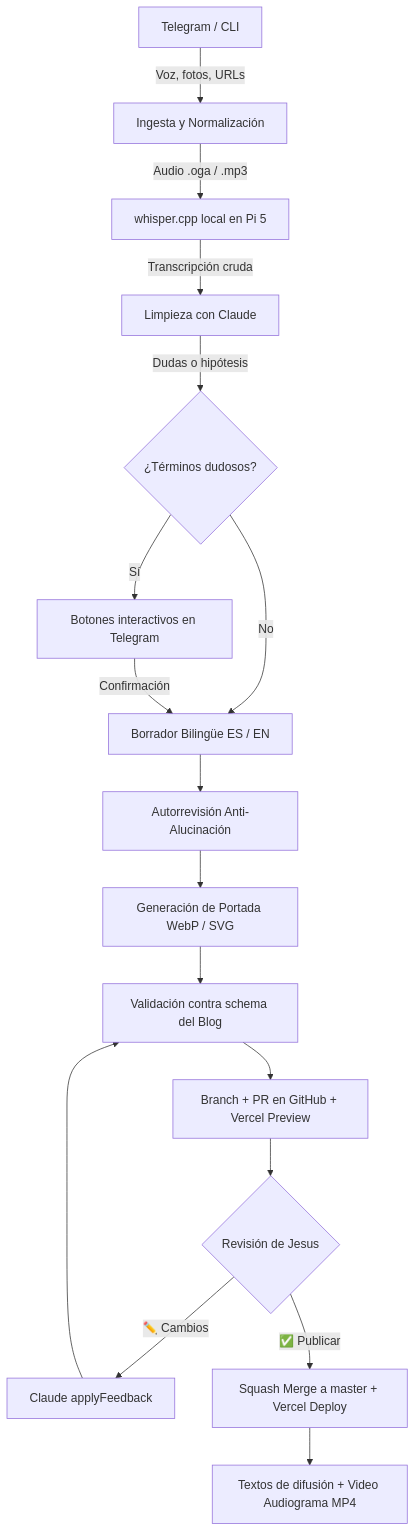
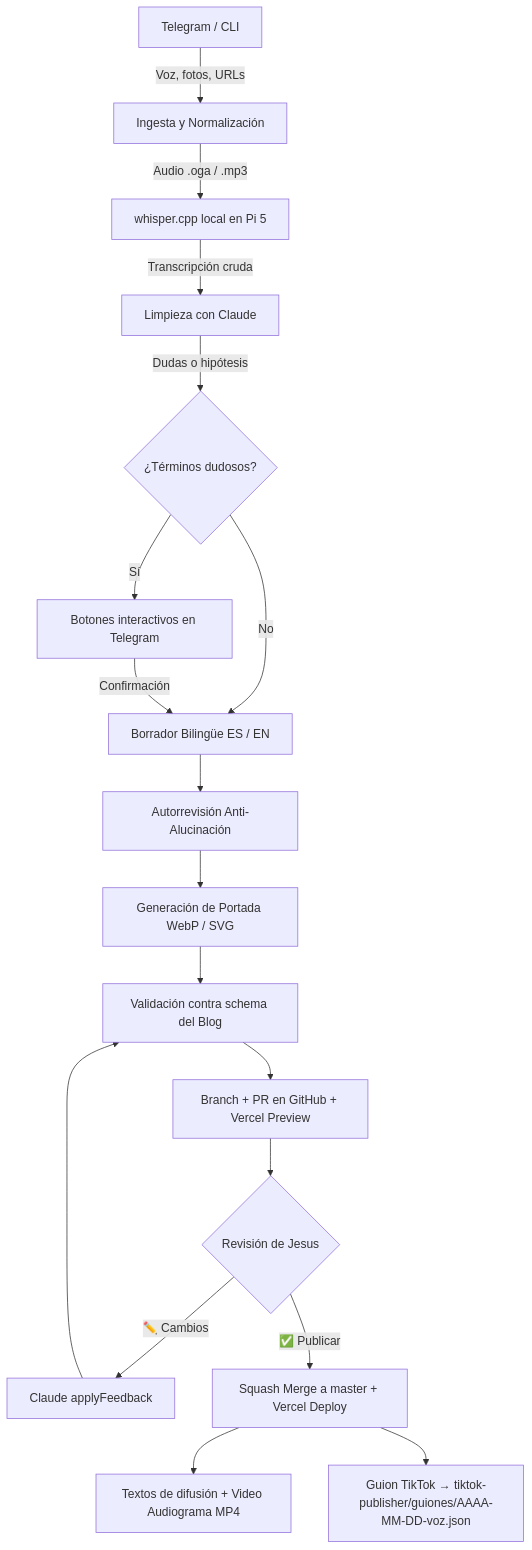
The diagram in README.md (JesusCabreraReveles/talkingwithmyself-agent), drawn with Mermaid before and after one commit. The commit also changed other lines of this file and 11 other files, not shown here.

````diff
--- a/README.md
+++ b/README.md
@@ -29,19 +30,20 @@
 ```mermaid
 flowchart TD
     A[Telegram / CLI] -->|Voz, fotos, URLs| B[Ingesta y Normalización]
     B -->|Audio .oga / .mp3| C[whisper.cpp local en Pi 5]
     C -->|Transcripción cruda| D[Limpieza con Claude]
     D -->|Dudas o hipótesis| E{¿Términos dudosos?}
     E -->|Sí| F[Botones interactivos en Telegram]
     E -->|No| G[Borrador Bilingüe ES / EN]
     F -->|Confirmación| G
     G --> H[Autorrevisión Anti-Alucinación]
     H --> I[Generación de Portada WebP / SVG]
     I --> J[Validación contra schema del Blog]
     J --> K[Branch + PR en GitHub + Vercel Preview]
     K --> L{Revisión de Jesus}
     L -->|✏️ Cambios| M[Claude applyFeedback]
     M --> J
     L -->|✅ Publicar| N[Squash Merge a master + Vercel Deploy]
     N --> O[Textos de difusión + Video Audiograma MP4]
+    N --> P[Guion TikTok → tiktok-publisher/guiones/AAAA-MM-DD-voz.json]
 ```
````
